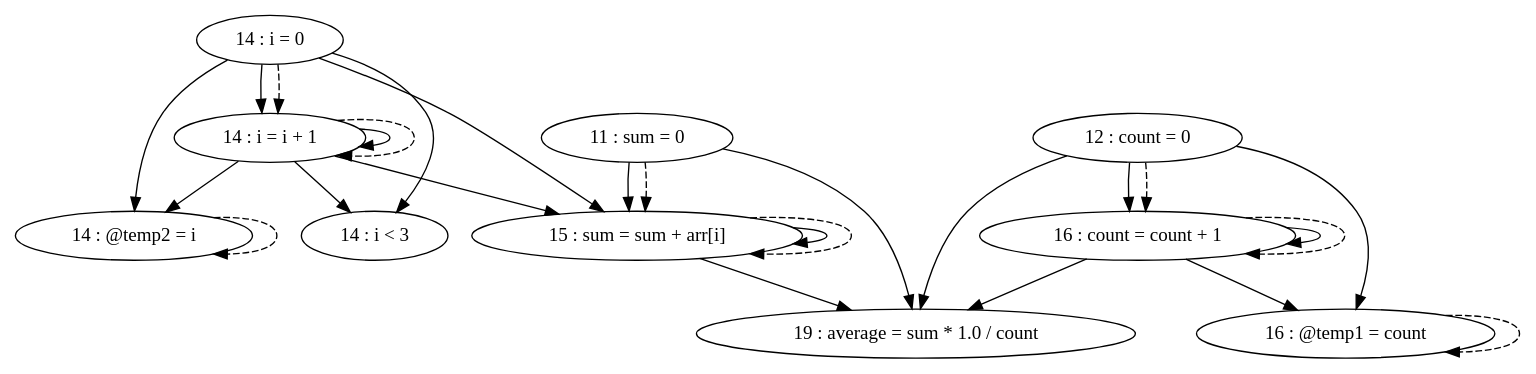
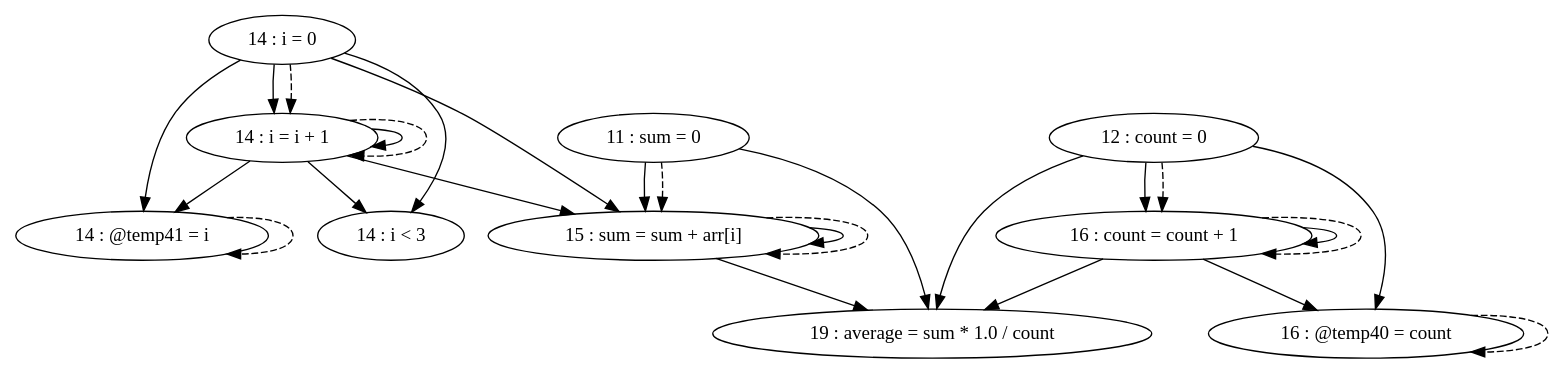
Before and after one commit to thomassimko/thesis-code-duplication: the diagram in pdg/source/testFiles/TestCases/TestCase1/TestCase1-test1.gv, drawn with Graphviz. The commit also changed 33 other files, not shown here.

```diff
--- a/pdg/source/testFiles/TestCases/TestCase1/TestCase1-test1.gv
+++ b/pdg/source/testFiles/TestCases/TestCase1/TestCase1-test1.gv
@@ -1,38 +1,38 @@
 digraph G {
 "11 : sum = 0"
 "11 : sum = 0" -> "19 : average = sum * 1.0 / count"
 "11 : sum = 0" -> "15 : sum = sum + arr[i]"
 "11 : sum = 0" -> "15 : sum = sum + arr[i]" [style=dashed]
 "12 : count = 0"
+"12 : count = 0" -> "16 : @temp40 = count"
+"12 : count = 0" -> "19 : average = sum * 1.0 / count"
 "12 : count = 0" -> "16 : count = count + 1"
-"12 : count = 0" -> "19 : average = sum * 1.0 / count"
-"12 : count = 0" -> "16 : @temp1 = count"
 "12 : count = 0" -> "16 : count = count + 1" [style=dashed]
 "14 : i = 0"
 "14 : i = 0" -> "14 : i < 3"
-"14 : i = 0" -> "14 : @temp2 = i"
+"14 : i = 0" -> "14 : i = i + 1"
+"14 : i = 0" -> "14 : @temp41 = i"
 "14 : i = 0" -> "15 : sum = sum + arr[i]"
-"14 : i = 0" -> "14 : i = i + 1"
 "14 : i = 0" -> "14 : i = i + 1" [style=dashed]
 "14 : i < 3"
 "15 : sum = sum + arr[i]"
 "15 : sum = sum + arr[i]" -> "19 : average = sum * 1.0 / count"
 "15 : sum = sum + arr[i]" -> "15 : sum = sum + arr[i]"
 "15 : sum = sum + arr[i]" -> "15 : sum = sum + arr[i]" [style=dashed]
-"16 : @temp1 = count"
-"16 : @temp1 = count" -> "16 : @temp1 = count" [style=dashed]
+"16 : @temp40 = count"
+"16 : @temp40 = count" -> "16 : @temp40 = count" [style=dashed]
 "16 : count = count + 1"
+"16 : count = count + 1" -> "16 : @temp40 = count"
+"16 : count = count + 1" -> "19 : average = sum * 1.0 / count"
 "16 : count = count + 1" -> "16 : count = count + 1"
-"16 : count = count + 1" -> "19 : average = sum * 1.0 / count"
-"16 : count = count + 1" -> "16 : @temp1 = count"
 "16 : count = count + 1" -> "16 : count = count + 1" [style=dashed]
-"14 : @temp2 = i"
-"14 : @temp2 = i" -> "14 : @temp2 = i" [style=dashed]
+"14 : @temp41 = i"
+"14 : @temp41 = i" -> "14 : @temp41 = i" [style=dashed]
 "14 : i = i + 1"
 "14 : i = i + 1" -> "14 : i < 3"
-"14 : i = i + 1" -> "14 : @temp2 = i"
+"14 : i = i + 1" -> "14 : i = i + 1"
+"14 : i = i + 1" -> "14 : @temp41 = i"
 "14 : i = i + 1" -> "15 : sum = sum + arr[i]"
-"14 : i = i + 1" -> "14 : i = i + 1"
 "14 : i = i + 1" -> "14 : i = i + 1" [style=dashed]
 "19 : average = sum * 1.0 / count"
 }
```
